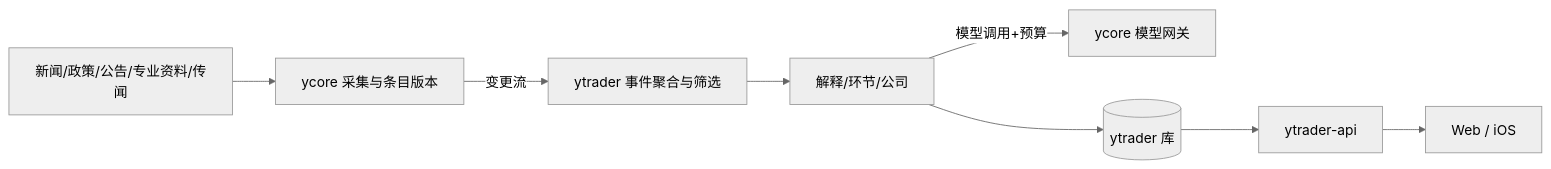
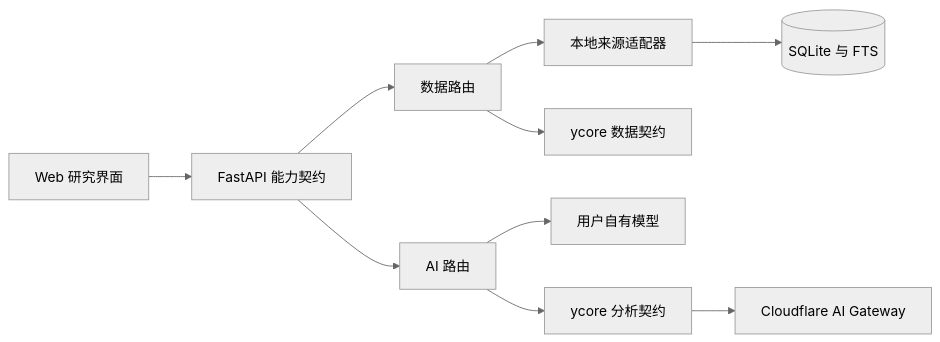
Before and after one commit to userydev/ytrader: the diagram in docs/ARCHITECTURE.md, drawn with Mermaid (neutral theme). The commit also changed other lines of this file and 383 other files, not shown here.

````diff
--- a/docs/ARCHITECTURE.md
+++ b/docs/ARCHITECTURE.md
@@ -22,9 +5,12 @@
 ```mermaid
 flowchart LR
-  S[新闻/政策/公告/专业资料/传闻] --> Y1[ycore 采集与条目版本]
-  Y1 -- 变更流 --> T1[ytrader 事件聚合与筛选]
-  T1 --> T2[解释/环节/公司]
-  T2 -- 模型调用+预算 --> Y2[ycore 模型网关]
-  T2 --> DB[(ytrader 库)]
-  DB --> API[ytrader-api] --> C[Web / iOS]
+  Web[Web 研究界面] --> API[FastAPI 能力契约]
+  API --> Data[数据路由]
+  API --> AI[AI 路由]
+  Data --> Local[本地来源适配器]
+  Data --> YD[ycore 数据契约]
+  Local --> DB[(SQLite 与 FTS)]
+  AI --> Own[用户自有模型]
+  AI --> YA[ycore 分析契约]
+  YA --> Gateway[Cloudflare AI Gateway]
 ```
````
